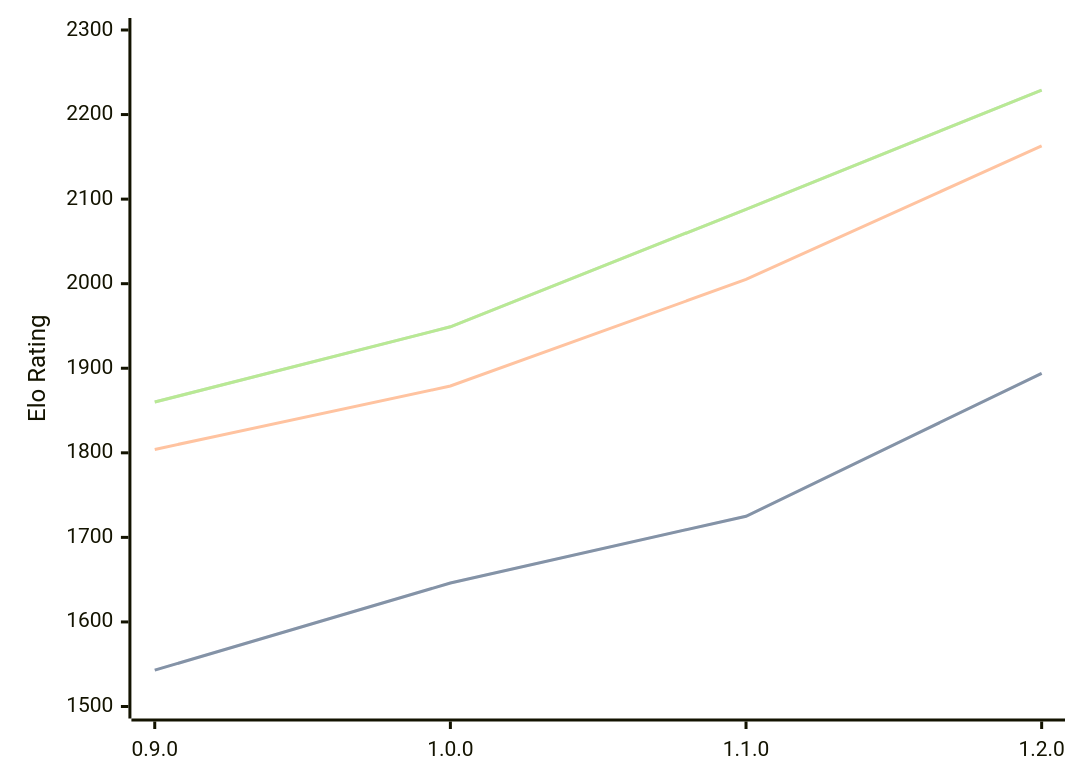
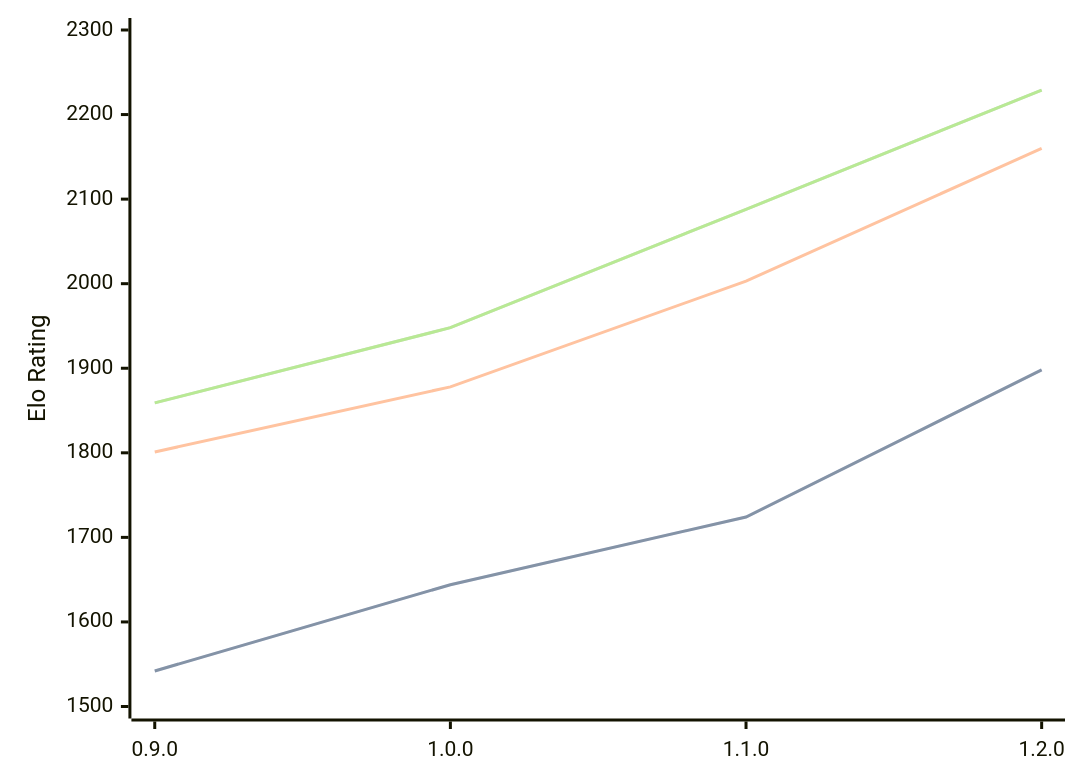
The diagram in engines/Ratsu.md (computer-chess-index/cci), drawn with Mermaid before and after one commit. The commit also changed other lines of this file, not shown here.

Commit message:
Update CCI Ratings (ELO VLTC) - 2026-06-07

````diff
--- a/engines/Ratsu.md
+++ b/engines/Ratsu.md
@@ -34,11 +35,11 @@
 ```mermaid
 %%{init: {"theme":"base","themeVariables":{"seriesColors:['#a3a3a3','#222221','#faa371']}}}%%
 xychart-beta
   x-axis ["0.9.0", "1.0.0", "1.1.0", "1.2.0"]
   y-axis "Elo Rating" 1500 --> 2300
-  line "STC (8.0+0.08s)" [1543, 1646, 1725, 1894]
-  line "STC (8.0+0.08s)" [1543, 1646, 1725, 1894]
-  line "LTC (60.0+0.60s)" [1804, 1879, 2005, 2163]
-  line "VLTC (2m24s+1.12s)" [1860, 1949, 2088, 2229]
-  line "VLTC (2m24s+1.12s)" [1860, 1949, 2088, 2229]
+  line "STC (8.0+0.08s)" [1542, 1644, 1724, 1898]
+  line "STC (8.0+0.08s)" [1542, 1644, 1724, 1898]
+  line "LTC (60.0+0.60s)" [1801, 1878, 2003, 2160]
+  line "VLTC (2m24s+1.12s)" [1859, 1948, 2088, 2229]
+  line "VLTC (2m24s+1.12s)" [1859, 1948, 2088, 2229]
 ```
````
